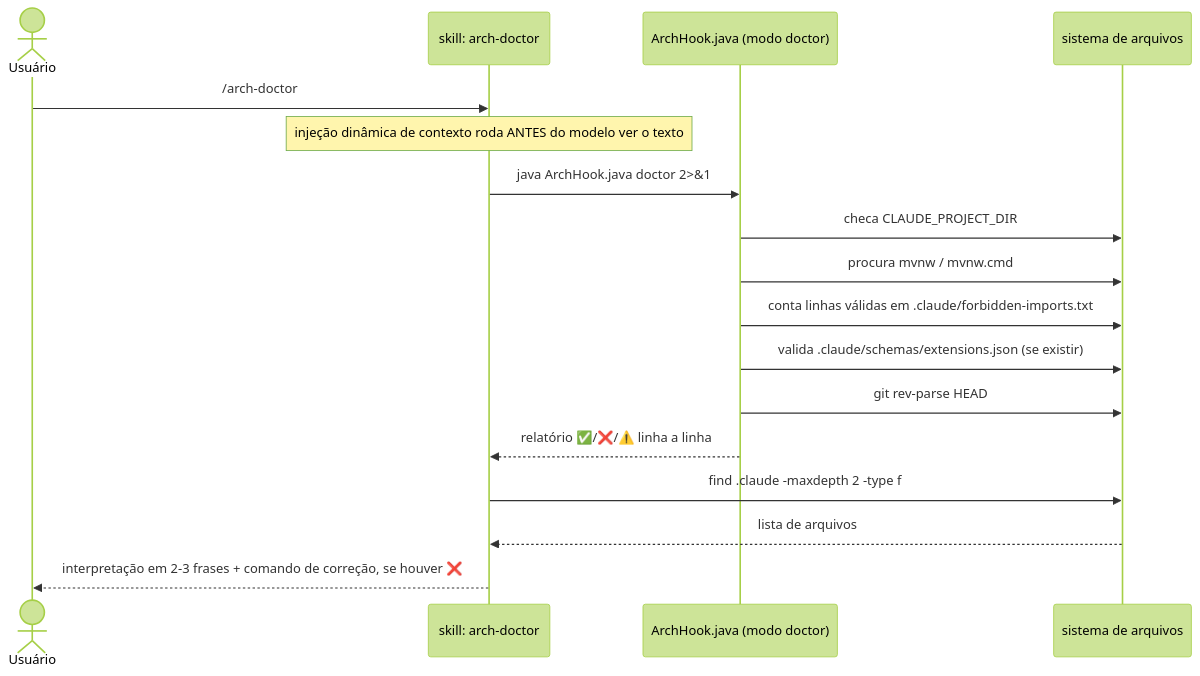
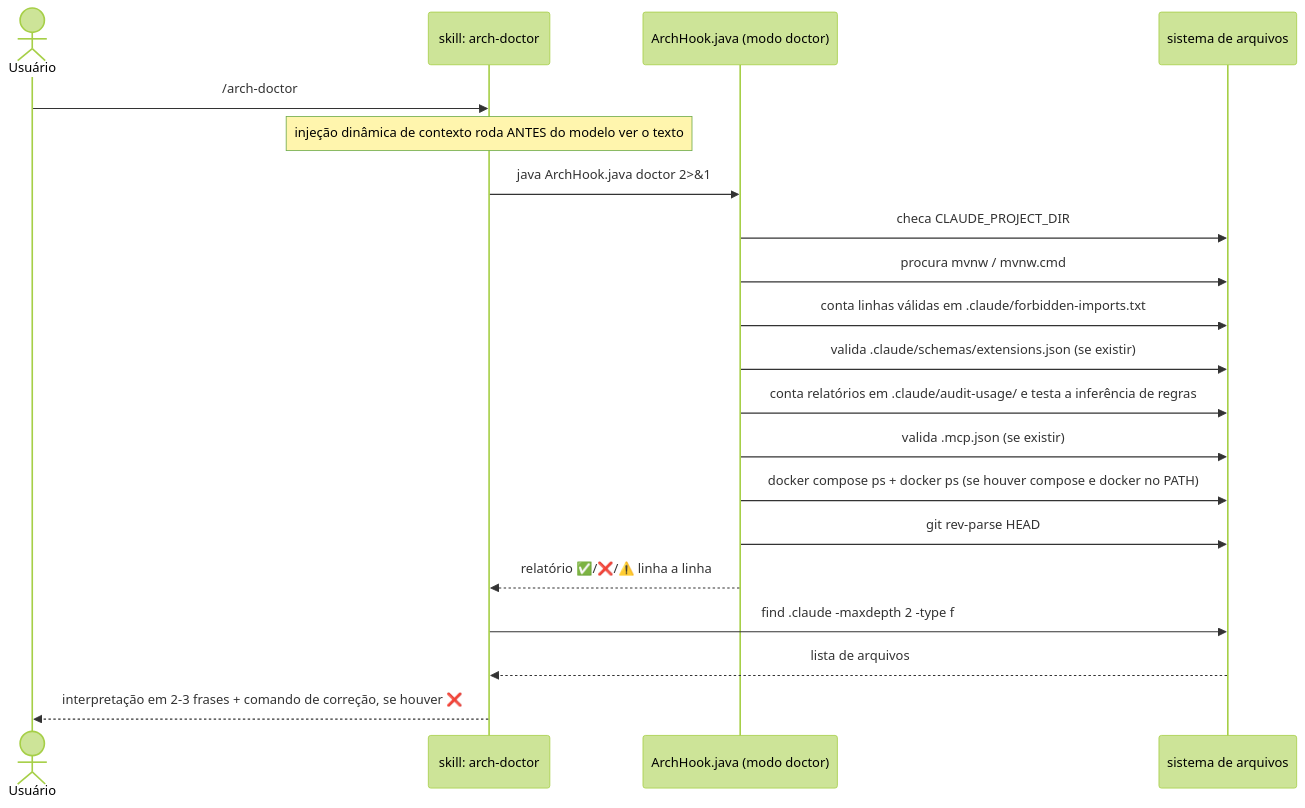
The diagram in docs/04-arch-doctor.md (ice-lfernandes/claude-spring-architect), drawn with Mermaid (forest theme) before and after one commit. The commit also changed other lines of this file and 20 other files, not shown here.

````diff
--- a/docs/04-arch-doctor.md
+++ b/docs/04-arch-doctor.md
@@ -35,20 +37,23 @@
 ```mermaid
 sequenceDiagram
     actor U as Usuário
     participant CMD as skill: arch-doctor
     participant HOOK as ArchHook.java (modo doctor)
     participant FS as sistema de arquivos
 
     U->>CMD: /arch-doctor
     Note over CMD: injeção dinâmica de contexto roda ANTES do modelo ver o texto
     CMD->>HOOK: java ArchHook.java doctor 2>&1
     HOOK->>FS: checa CLAUDE_PROJECT_DIR
     HOOK->>FS: procura mvnw / mvnw.cmd
     HOOK->>FS: conta linhas válidas em .claude/forbidden-imports.txt
     HOOK->>FS: valida .claude/schemas/extensions.json (se existir)
+    HOOK->>FS: conta relatórios em .claude/audit-usage/ e testa a inferência de regras
+    HOOK->>FS: valida .mcp.json (se existir)
+    HOOK->>FS: docker compose ps + docker ps (se houver compose e docker no PATH)
     HOOK->>FS: git rev-parse HEAD
     HOOK-->>CMD: relatório ✅/❌/⚠️ linha a linha
     CMD->>FS: find .claude -maxdepth 2 -type f
     FS-->>CMD: lista de arquivos
     CMD-->>U: interpretação em 2-3 frases + comando de correção, se houver ❌
 ```
````
